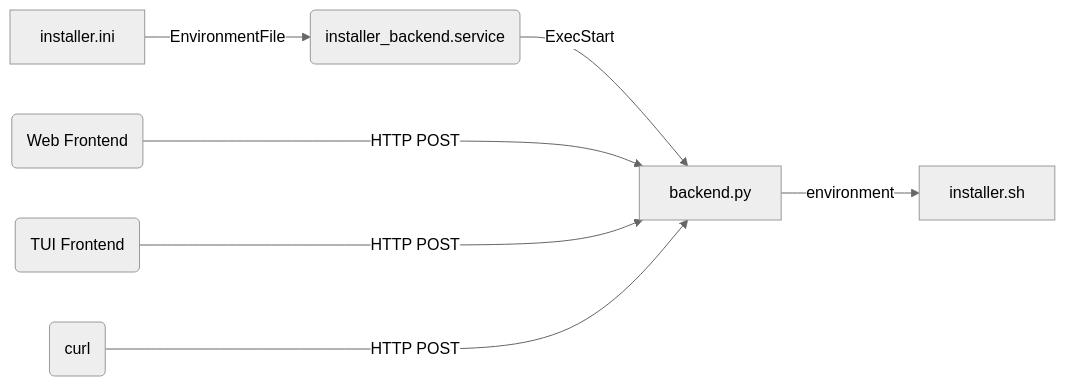
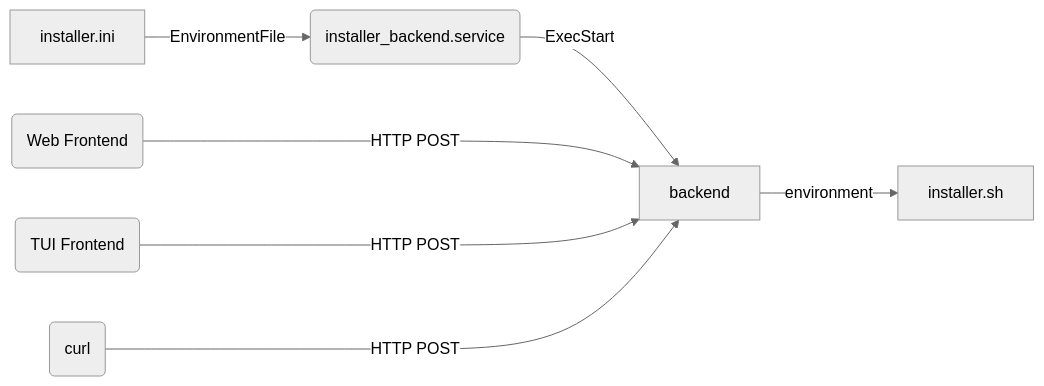
One commit to r0b0/debian-installer changed the first of 2 diagrams in README.md. Above: the diagram before and after it, drawn with Mermaid (neutral theme). The commit also changed other lines of this file and 12 other files, not shown here.

````diff
--- a/README.md
+++ b/README.md
@@ -168,9 +168,9 @@
 ```mermaid
 flowchart LR
     A[installer.ini] -->|EnvironmentFile| B(installer_backend.service)
-    B -->|ExecStart| C[backend.py]
+    B -->|ExecStart| C[backend]
     D(Web Frontend) --->|HTTP POST| C
     E(TUI Frontend) --->|HTTP POST| C
     G(curl) --->|HTTP POST| C
     C -->|environment| F[installer.sh]
 ```
````
